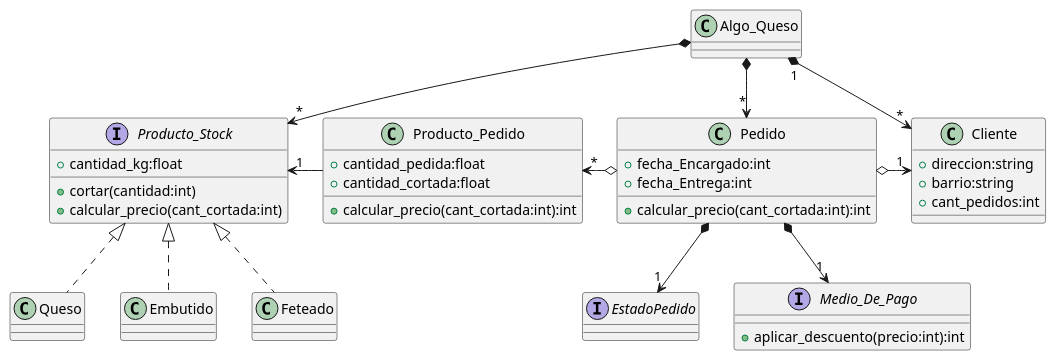
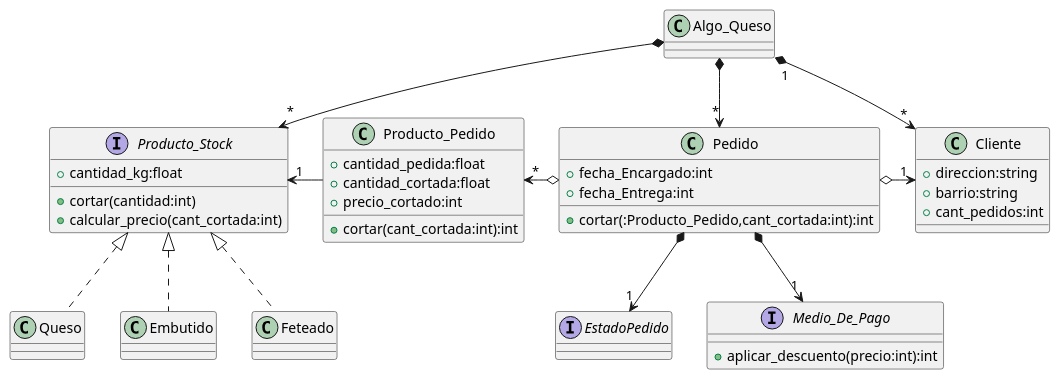
One commit to TheoMiguel/POS-Inventory_deliveryDeQuesosCABA changed the diagram in Resources/Diagrams/Clase/clasesGeneral.puml. Above: the diagram before and after it, drawn with PlantUML.

Commit message:
ds creo pedido y calculo el precio

```diff
--- a/Resources/Diagrams/Clase/clasesGeneral.puml
+++ b/Resources/Diagrams/Clase/clasesGeneral.puml
@@ -1,64 +1,65 @@
 @startuml
 'https://plantuml.com/class-diagram
 
 class Algo_Queso
 class Cliente{
     + direccion:string
     + barrio:string
     + cant_pedidos:int
 }
 
 class Pedido{
     + fecha_Encargado:int
     + fecha_Entrega:int
 
-    + calcular_precio(cant_cortada:int):int
+    + cortar(:Producto_Pedido,cant_cortada:int):int
 
 }
 
 interface EstadoPedido
 'class Pedido_Pendiente_Cortar implements EstadoPedido
 'class Pedido_Cortado_Sin_Entregar implements EstadoPedido
 'class Pedido_Entregado implements EstadoPedido
 
 interface Producto_Stock{
     + cantidad_kg:float
 
     + cortar(cantidad:int)
     + calcular_precio(cant_cortada:int)
 }
 
 class Queso
 class Embutido
 class Feteado
 
 class Producto_Pedido{
     + cantidad_pedida:float
     + cantidad_cortada:float
+    + precio_cortado:int
 
-    + calcular_precio(cant_cortada:int):int
+    + cortar(cant_cortada:int):int
 }
 
 Producto_Pedido -left->"1" Producto_Stock
 
 interface Medio_De_Pago{
     + aplicar_descuento(precio:int):int
 }
 
 Pedido *-down->"1" EstadoPedido
 Pedido *-down->"1" Medio_De_Pago
 
 
 Algo_Queso "1"*-> "*" Cliente
 Algo_Queso *-down->"*" Pedido
 Pedido o->"1" Cliente
 Producto_Stock "*"<-up-* Algo_Queso
 
 Queso .up.|> Producto_Stock
 Feteado .up.|> Producto_Stock
 Embutido .up.|> Producto_Stock
 
 Producto_Pedido "*" <-o Pedido
 
 
 @enduml
```
